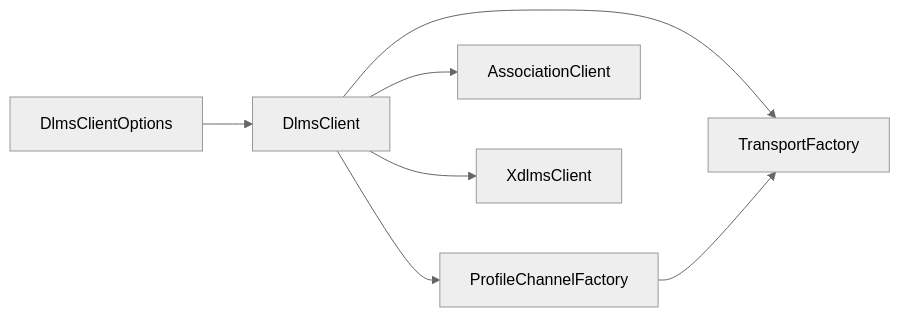
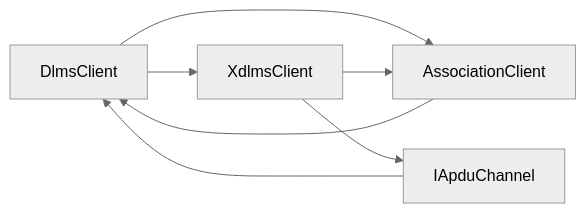
One commit to gvtret/dlms-client changed the second of 4 diagrams in docs/02_client_architecture.md. Above: the diagram before and after it, drawn with Mermaid (neutral theme). The commit also changed other lines of this file and 6 other files, not shown here.

First line of the commit message:
feat(client): add injected channel facade

````diff
--- a/docs/02_client_architecture.md
+++ b/docs/02_client_architecture.md
@@ -39,16 +39,14 @@
 ```mermaid
 flowchart LR
-  Options["DlmsClientOptions"]
   Client["DlmsClient"]
-  ChannelFactory["ProfileChannelFactory"]
-  TransportFactory["TransportFactory"]
+  Channel["IApduChannel"]
   Association["AssociationClient"]
   Services["XdlmsClient"]
 
-  Options --> Client
-  Client --> TransportFactory
-  Client --> ChannelFactory
+  Channel --> Client
+  Association --> Client
   Client --> Association
   Client --> Services
-  ChannelFactory --> TransportFactory
+  Services --> Channel
+  Services --> Association
 ```
````
